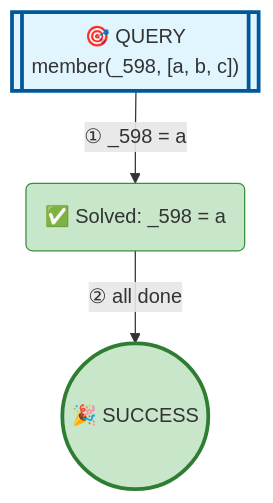
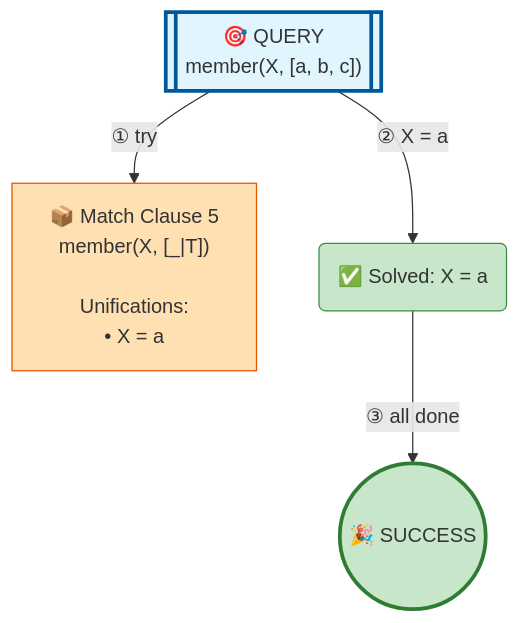
One commit to jarecsni/prolog-trace-viz changed the diagram in examples/member-detailed.md. Above: the diagram before and after it, drawn with Mermaid. The commit also changed other lines of this file and 26 other files, not shown here.

````diff
--- a/examples/member-detailed.md
+++ b/examples/member-detailed.md
@@ -16,17 +16,20 @@
 ```mermaid
 graph TD
 
 %% Nodes
-A[["🎯 QUERY<br/>member(_598, [a, b, c])"]]
-B("✅ Solved: _598 = a")
-C(("🎉 SUCCESS"))
+A[["🎯 QUERY<br/>member(X, [a, b, c])"]]
+B["📦 Match Clause 5<br/>member(X, [_|T])<br/><br/>Unifications:<br/>• X = a"]
+C("✅ Solved: X = a")
+D(("🎉 SUCCESS"))
 
 %% Edges
-A -->|"① _598 = a"| B
-B -->|"② all done"| C
+A -->|"① try"| B
+A -->|"② X = a"| C
+C -->|"③ all done"| D
 
 %% Styles
 style A fill:#e1f5ff,stroke:#01579b,stroke-width:3px
-style B fill:#c8e6c9,stroke:#388e3c
-style C fill:#c8e6c9,stroke:#2e7d32,stroke-width:3px
+style B fill:#ffe0b2,stroke:#e65100
+style C fill:#c8e6c9,stroke:#388e3c
+style D fill:#c8e6c9,stroke:#2e7d32,stroke-width:3px
 ```
````
